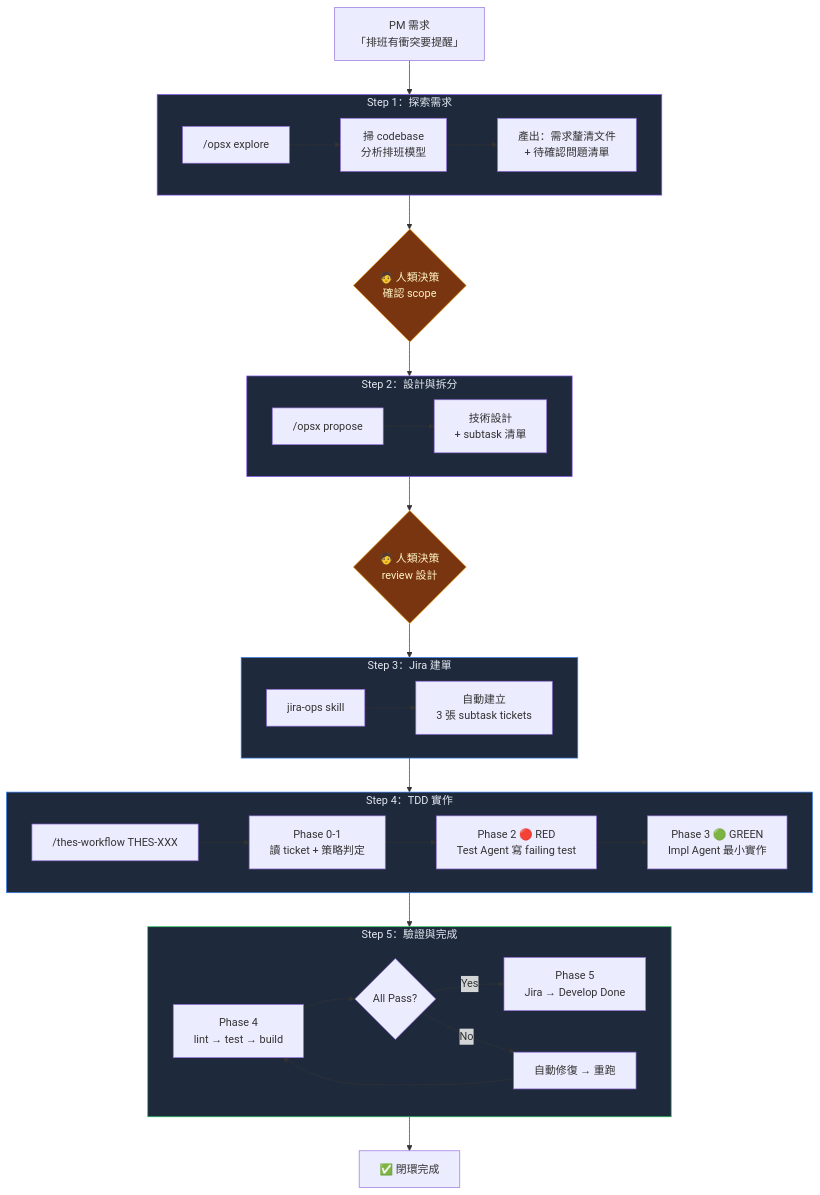
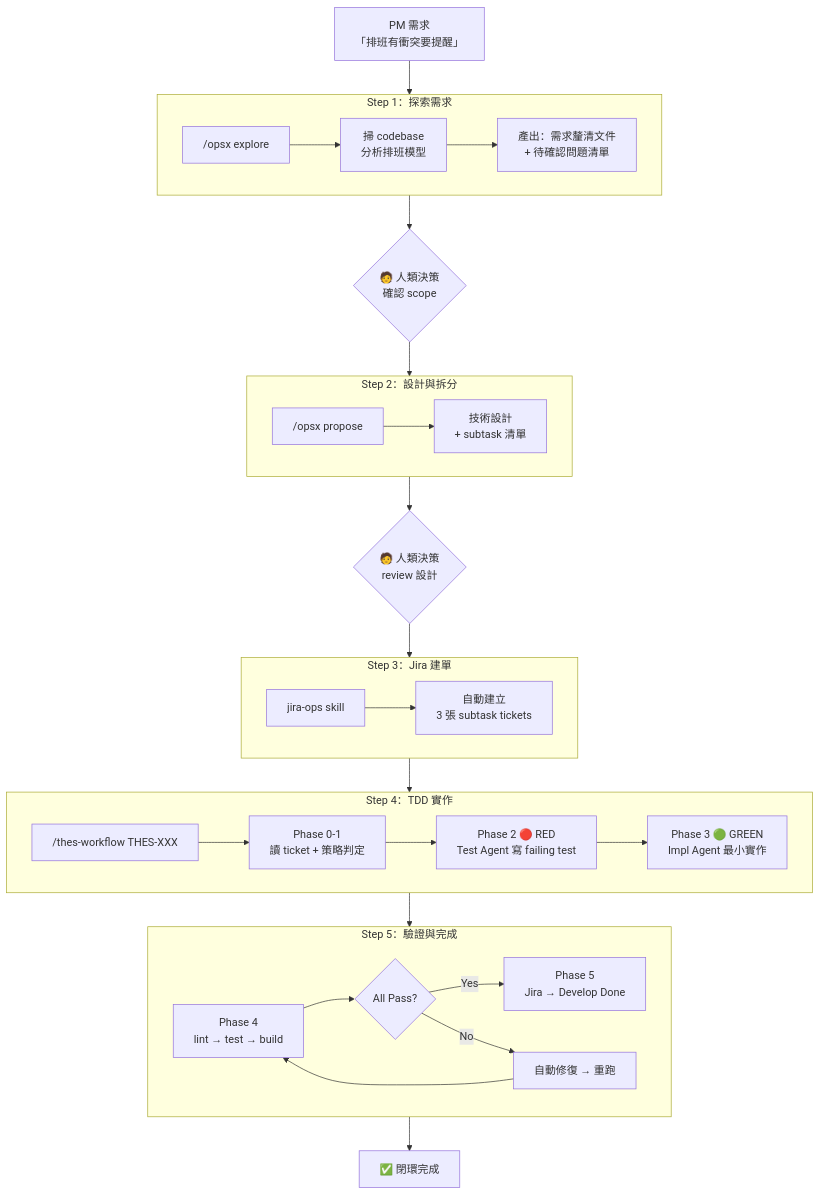
Before and after one commit to jimmyliou777/digital-garden: the first of 2 diagrams in content/AI 協作/實戰應用/AI 代理工作流實戰：從模糊需求到 Develop Done 的完整閉環.md, drawn with Mermaid. The commit also changed other lines of this file, not shown here.

Commit message:
fix(content): 移除 Mermaid 流程圖 hardcoded 深色主題樣式
移除兩個 Mermaid 圖表中的 hardcoded style 指令，改用 Quartz 內建
themeVariables 自動適應 light/dark 主題，修復淺色主題下文字與背景
色重疊不易閱讀的問題。

````diff
--- a/content/AI 協作/實戰應用/AI 代理工作流實戰：從模糊需求到 Develop Done 的完整閉環.md
+++ b/content/AI 協作/實戰應用/AI 代理工作流實戰：從模糊需求到 Develop Done 的完整閉環.md
@@ -31,57 +31,49 @@
 ```mermaid
 flowchart TD
     PM["PM 需求<br/>「排班有衝突要提醒」"] --> S1
 
     subgraph S1["Step 1：探索需求"]
         E1["/opsx explore"]
         E1 --> E2["掃 codebase<br/>分析排班模型"]
         E2 --> E3["產出：需求釐清文件<br/>+ 待確認問題清單"]
     end
 
     S1 --> HD1{"🧑 人類決策<br/>確認 scope"}
 
     HD1 --> S2
 
     subgraph S2["Step 2：設計與拆分"]
         P1["/opsx propose"]
         P1 --> P2["技術設計<br/>+ subtask 清單"]
     end
 
     S2 --> HD2{"🧑 人類決策<br/>review 設計"}
 
     HD2 --> S3
 
     subgraph S3["Step 3：Jira 建單"]
         J1["jira-ops skill"]
         J1 --> J2["自動建立<br/>3 張 subtask tickets"]
     end
 
     S3 --> S4
 
     subgraph S4["Step 4：TDD 實作"]
         W1["/thes-workflow THES-XXX"]
         W1 --> W2["Phase 0-1<br/>讀 ticket + 策略判定"]
         W2 --> W3["Phase 2 🔴 RED<br/>Test Agent 寫 failing test"]
         W3 --> W4["Phase 3 🟢 GREEN<br/>Impl Agent 最小實作"]
     end
 
     S4 --> S5
 
     subgraph S5["Step 5：驗證與完成"]
         V1["Phase 4<br/>lint → test → build"]
         V1 --> V2{"All Pass?"}
         V2 -->|Yes| V3["Phase 5<br/>Jira → Develop Done"]
         V2 -->|No| V4["自動修復 → 重跑"]
         V4 --> V1
     end
 
     S5 --> DONE["✅ 閉環完成"]
-
-    style HD1 fill:#78350f,stroke:#f59e0b,color:#fef3c7
-    style HD2 fill:#78350f,stroke:#f59e0b,color:#fef3c7
-    style S1 fill:#1e293b,stroke:#8b5cf6,color:#e2e8f0
-    style S2 fill:#1e293b,stroke:#8b5cf6,color:#e2e8f0
-    style S3 fill:#1e293b,stroke:#3b82f6,color:#e2e8f0
-    style S4 fill:#1e293b,stroke:#3b82f6,color:#e2e8f0
-    style S5 fill:#1e293b,stroke:#22c55e,color:#e2e8f0
 ```
````
